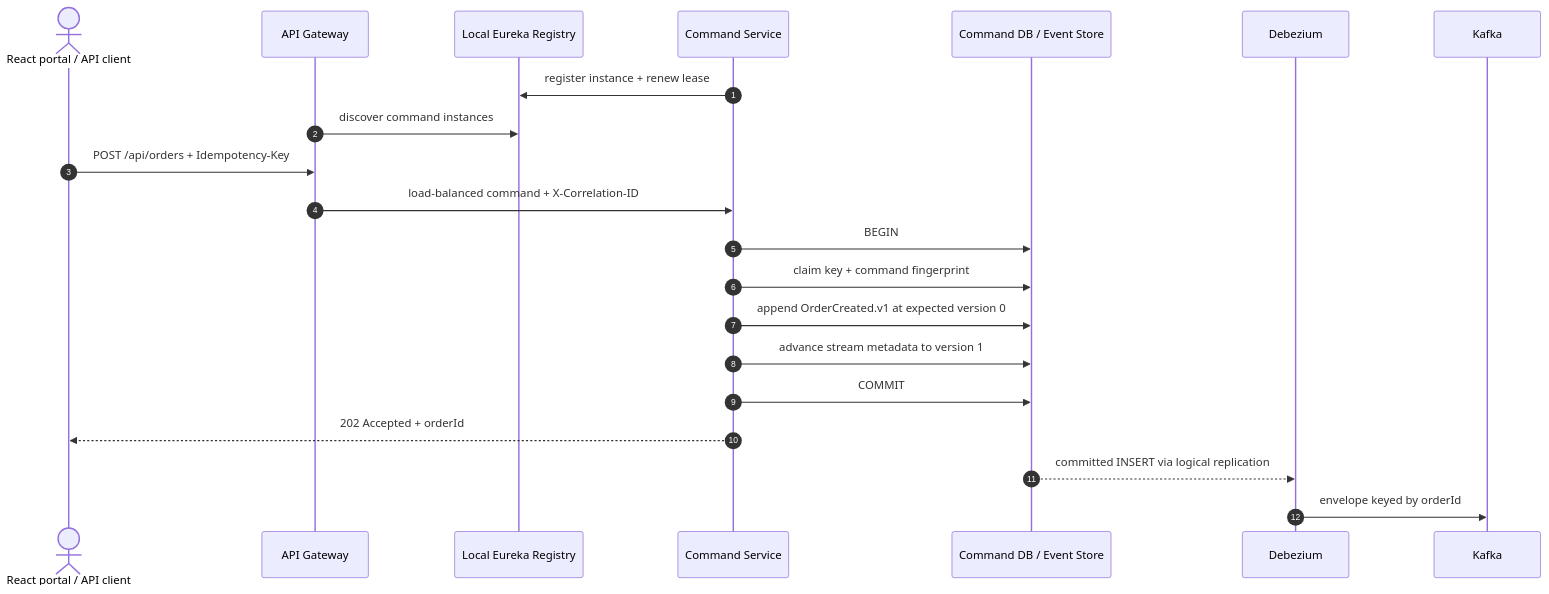
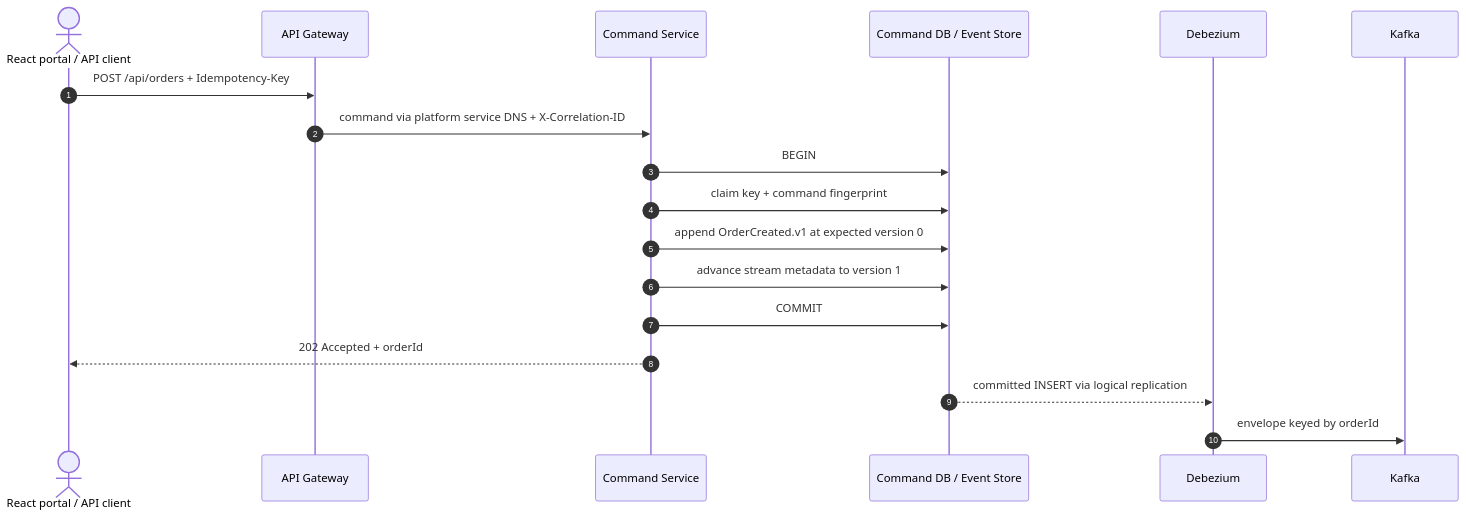
Before and after one commit to karacsonybarni/event-sourced-cqrs-microservices: the first of 3 diagrams in docs/architecture.md, drawn with Mermaid. The commit also changed other lines of this file and 36 other files, not shown here.

Commit message:
Remove Eureka in favor of platform service DNS

````diff
--- a/docs/architecture.md
+++ b/docs/architecture.md
@@ -17,24 +17,21 @@
 ```mermaid
 sequenceDiagram
     autonumber
     actor Client as React portal / API client
     participant G as API Gateway
-    participant R as Local Eureka Registry
     participant C as Command Service
     participant ES as Command DB / Event Store
     participant D as Debezium
     participant K as Kafka
 
-    C->>R: register instance + renew lease
-    G->>R: discover command instances
     Client->>G: POST /api/orders + Idempotency-Key
-    G->>C: load-balanced command + X-Correlation-ID
+    G->>C: command via platform service DNS + X-Correlation-ID
     C->>ES: BEGIN
     C->>ES: claim key + command fingerprint
     C->>ES: append OrderCreated.v1 at expected version 0
     C->>ES: advance stream metadata to version 1
     C->>ES: COMMIT
     C-->>Client: 202 Accepted + orderId
     ES-->>D: committed INSERT via logical replication
     D->>K: envelope keyed by orderId
 ```
````
